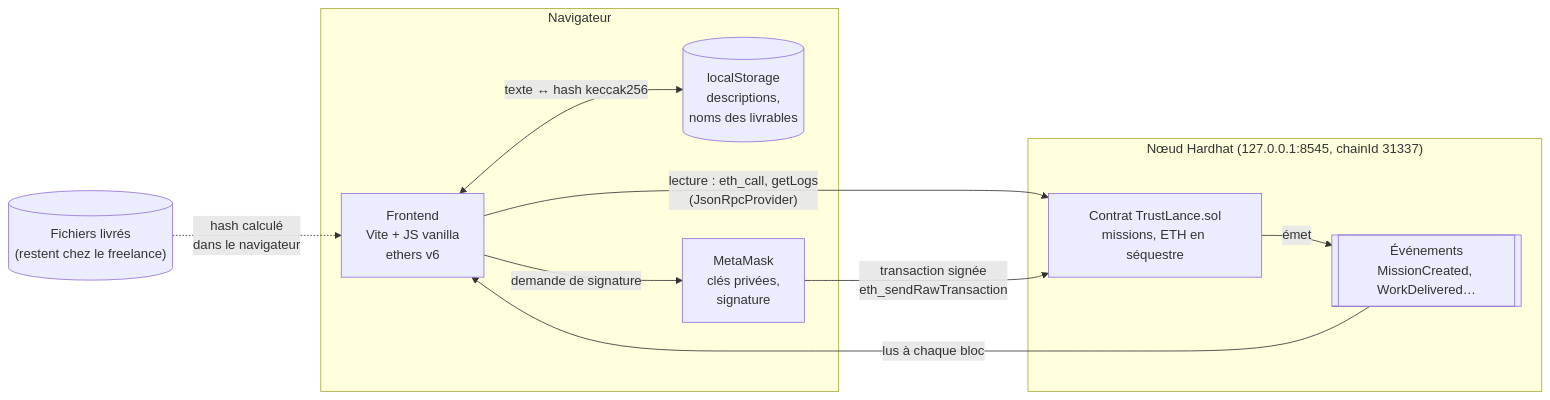
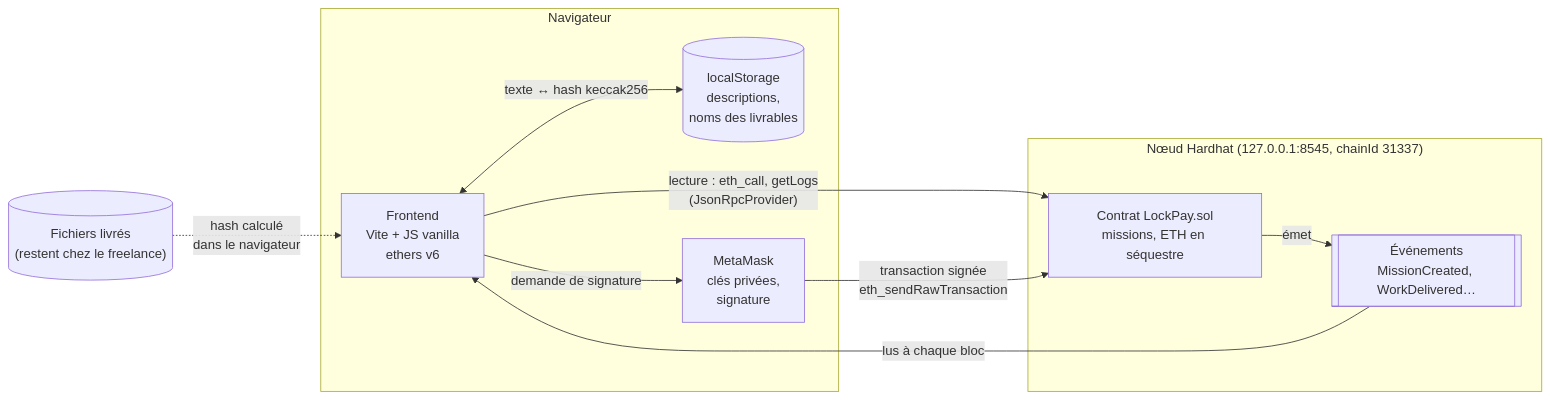
Before and after one commit to IsmailMechkene/LockPay: the first of 4 diagrams in docs/architecture.md, drawn with Mermaid. The commit also changed other lines of this file and 17 other files, not shown here.

Commit message:
Rename project from TrustLance to LockPay

````diff
--- a/docs/architecture.md
+++ b/docs/architecture.md
@@ -7,23 +7,23 @@
 ```mermaid
 flowchart LR
     subgraph Navigateur
         UI["Frontend<br/>Vite + JS vanilla<br/>ethers v6"]
         LS[("localStorage<br/>descriptions,<br/>noms des livrables")]
         MM["MetaMask<br/>clés privées,<br/>signature"]
     end
 
     subgraph "Nœud Hardhat (127.0.0.1:8545, chainId 31337)"
-        SC["Contrat TrustLance.sol<br/>missions, ETH en séquestre"]
+        SC["Contrat LockPay.sol<br/>missions, ETH en séquestre"]
         EV[["Événements<br/>MissionCreated, WorkDelivered…"]]
     end
 
     FILES[("Fichiers livrés<br/>(restent chez le freelance)")]
 
     UI -- "lecture : eth_call, getLogs<br/>(JsonRpcProvider)" --> SC
     UI -- "demande de signature" --> MM
     MM -- "transaction signée<br/>eth_sendRawTransaction" --> SC
     SC -- émet --> EV
     EV -- "lus à chaque bloc" --> UI
     UI <-- "texte ↔ hash keccak256" --> LS
     FILES -. "hash calculé<br/>dans le navigateur" .-> UI
 ```
````
